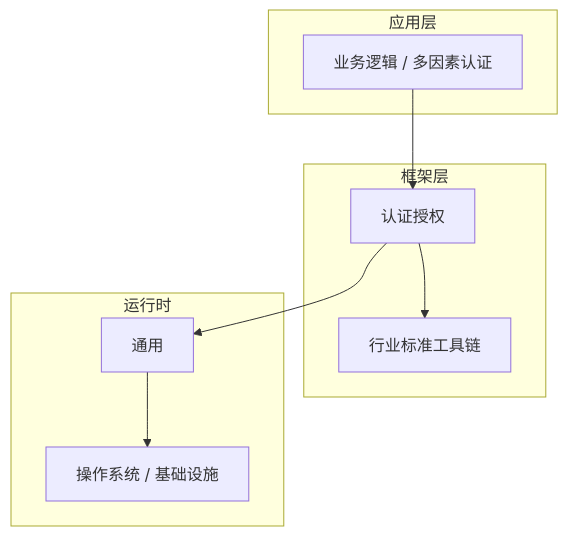
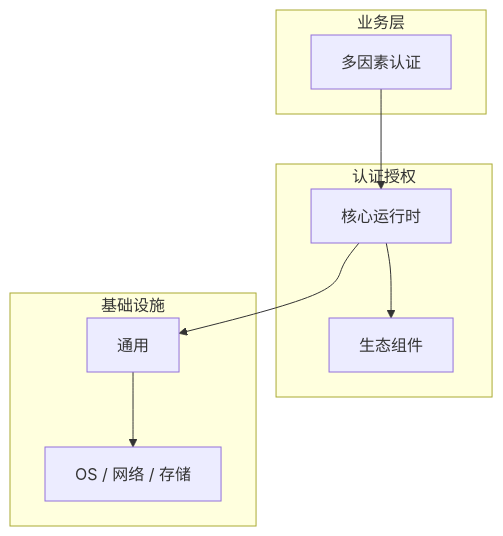
Before and after one commit to yanggan2015/knowledge-json-v2: the diagram in articles/认证授权/chapters/051-多因素认证核心概念与原理.md, drawn with Mermaid. The commit also changed other lines of this file and 10127 other files, not shown here.

````diff
--- a/articles/认证授权/chapters/051-多因素认证核心概念与原理.md
+++ b/articles/认证授权/chapters/051-多因素认证核心概念与原理.md
@@ -45,18 +34,18 @@
 ```mermaid
 graph TB
-    subgraph 应用层
-        A[业务逻辑 / 多因素认证]
+    subgraph 业务层
+        A[多因素认证]
     end
-    subgraph 框架层
-        B[认证授权]
-        C[行业标准工具链]
+    subgraph 认证授权
+        B[核心运行时]
+        C[生态组件]
     end
-    subgraph 运行时
+    subgraph 基础设施
         D[通用]
-        E[操作系统 / 基础设施]
+        E[OS / 网络 / 存储]
     end
     A --> B
     B --> C
     B --> D
     D --> E
 ```
````
